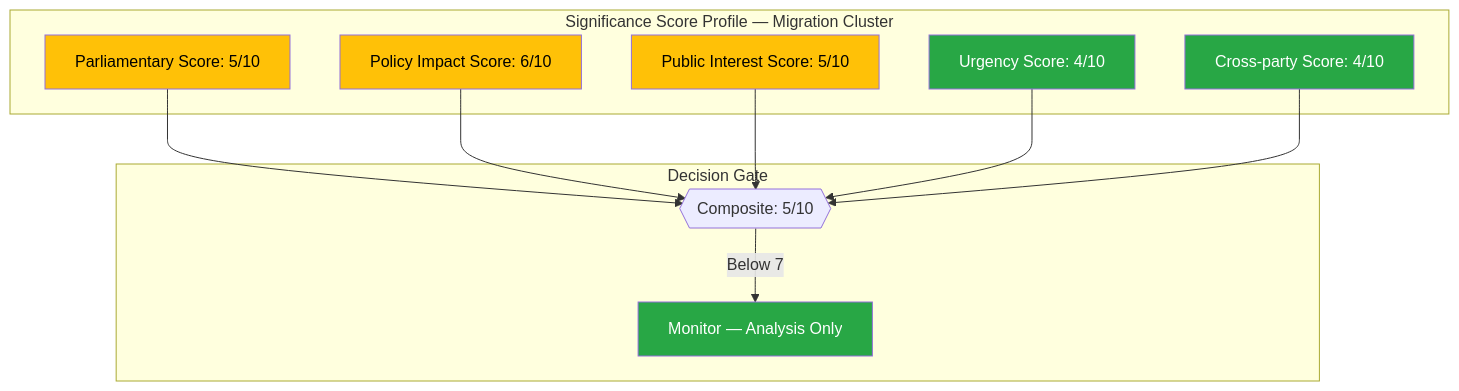
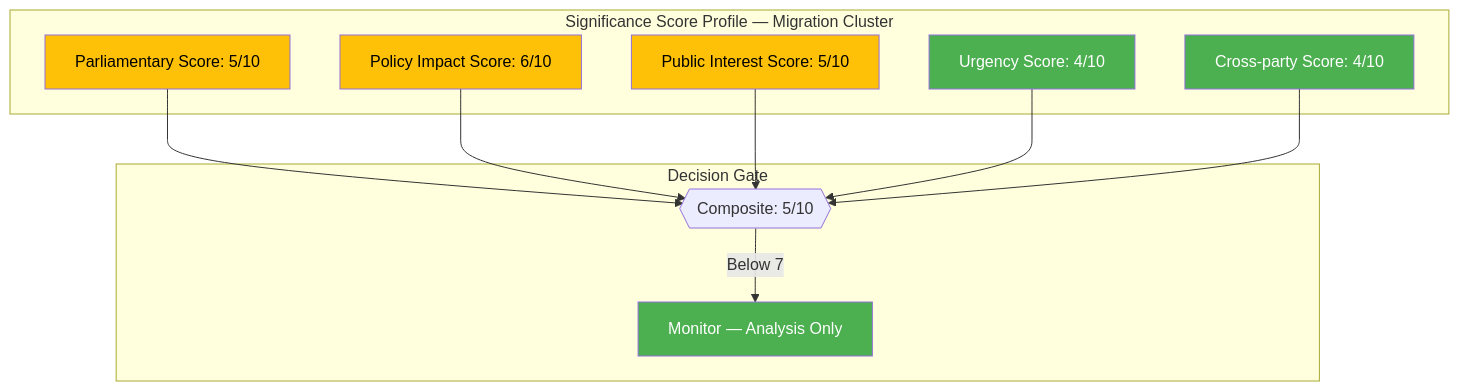
The diagram in analysis/daily/2026-04-10/realtime-1424/significance-scoring.md (Hack23/riksdagsmonitor), drawn with Mermaid before and after one commit. The commit also changed 785 other files, not shown here.

First line of the commit message:
Normalize mermaid colors across 786 analysis artifacts to ISMS Style Guide palette

````diff
--- a/analysis/daily/2026-04-10/realtime-1424/significance-scoring.md
+++ b/analysis/daily/2026-04-10/realtime-1424/significance-scoring.md
@@ -19,25 +19,25 @@
 ```mermaid
 graph TD
     subgraph "Significance Score Profile — Migration Cluster"
         PARL["Parliamentary Score: 5/10"]
         POL["Policy Impact Score: 6/10"]
         PUB["Public Interest Score: 5/10"]
         URG["Urgency Score: 4/10"]
         XPTY["Cross-party Score: 4/10"]
     end
     subgraph "Decision Gate"
         GATE{{"Composite: 5/10"}}
         GATE -->|"Below 7"| MON["Monitor — Analysis Only"]
     end
     PARL --> GATE
     POL --> GATE
     PUB --> GATE
     URG --> GATE
     XPTY --> GATE
-    style PARL fill:#ffc107,color:#000
-    style POL fill:#ffc107,color:#000
-    style PUB fill:#ffc107,color:#000
-    style URG fill:#28a745,color:#fff
-    style XPTY fill:#28a745,color:#fff
-    style MON fill:#28a745,color:#fff
+    style PARL fill:#FFC107,color:#000000
+    style POL fill:#FFC107,color:#000000
+    style PUB fill:#FFC107,color:#000000
+    style URG fill:#4CAF50,color:#FFFFFF
+    style XPTY fill:#4CAF50,color:#FFFFFF
+    style MON fill:#4CAF50,color:#FFFFFF
 ```
````
